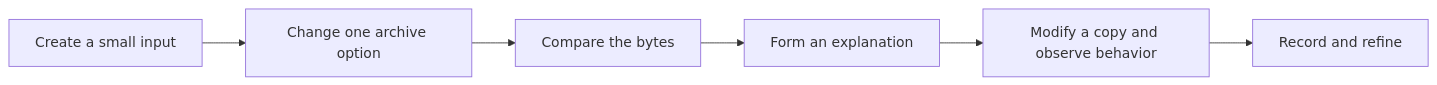
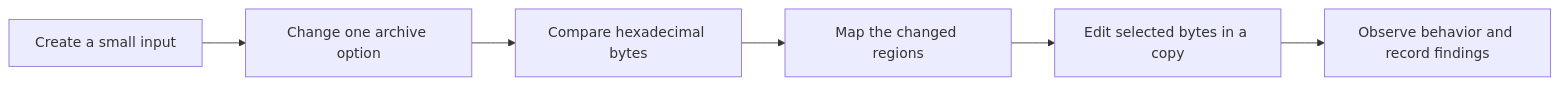
The diagram in rar-format-investigation/README.md (Amine-Belgacem/historical-research), drawn with Mermaid before and after one commit. The commit also changed other lines of this file and 8 other files, not shown here.

Commit message:
Present RAR hex research with structure and comparison diagrams

````diff
--- a/rar-format-investigation/README.md
+++ b/rar-format-investigation/README.md
@@ -35,8 +51,8 @@
 ```mermaid
 flowchart LR
     A[Create a small input] --> B[Change one archive option]
-    B --> C[Compare the bytes]
-    C --> D[Form an explanation]
-    D --> E[Modify a copy and observe behavior]
-    E --> F[Record and refine]
+    B --> C[Compare hexadecimal bytes]
+    C --> D[Map the changed regions]
+    D --> E[Edit selected bytes in a copy]
+    E --> F[Observe behavior and record findings]
 ```
````
